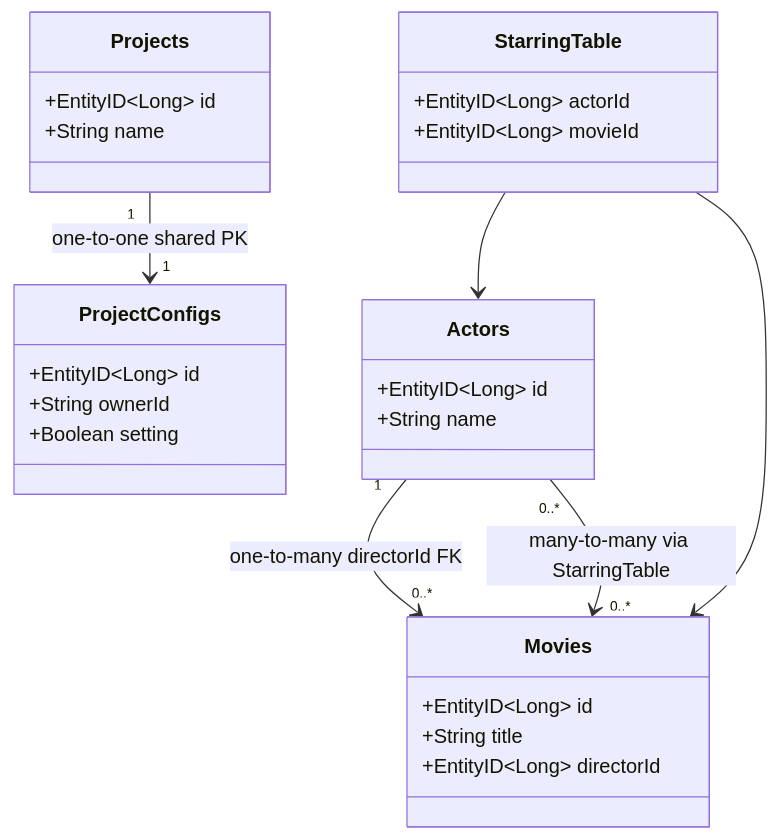
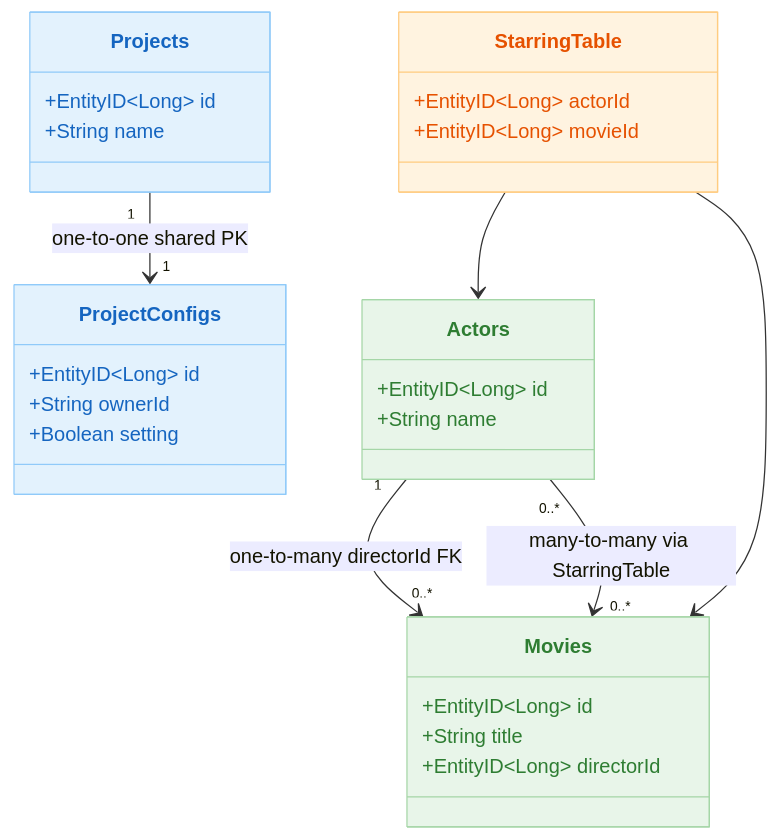
Before and after one commit to bluetape4k/exposed-workshop: the first of 3 diagrams in 05-exposed-dml/05-entities/README.md, drawn with Mermaid. The commit also changed other lines of this file and 56 other files, not shown here.

First line of the commit message:
docs: 전체 README mermaid 다이어그램에 파스텔 톤 색상 적용

````diff
--- a/05-exposed-dml/05-entities/README.md
+++ b/05-exposed-dml/05-entities/README.md
@@ -106,31 +106,37 @@
 ```mermaid
 classDiagram
     class Projects {
         +EntityID~Long~ id
         +String name
     }
     class ProjectConfigs {
         +EntityID~Long~ id
         +String ownerId
         +Boolean setting
     }
     class Actors {
         +EntityID~Long~ id
         +String name
     }
     class Movies {
         +EntityID~Long~ id
         +String title
         +EntityID~Long~ directorId
     }
     class StarringTable {
         +EntityID~Long~ actorId
         +EntityID~Long~ movieId
     }
 
     Projects "1" --> "1" ProjectConfigs: one-to-one shared PK
     Actors "1" --> "0..*" Movies: one-to-many directorId FK
     Actors "0..*" --> "0..*" Movies: many-to-many via StarringTable
     StarringTable --> Actors
     StarringTable --> Movies
+
+    style Projects fill:#E3F2FD,stroke:#90CAF9,color:#1565C0
+    style ProjectConfigs fill:#E3F2FD,stroke:#90CAF9,color:#1565C0
+    style Actors fill:#E8F5E9,stroke:#A5D6A7,color:#2E7D32
+    style Movies fill:#E8F5E9,stroke:#A5D6A7,color:#2E7D32
+    style StarringTable fill:#FFF3E0,stroke:#FFCC80,color:#E65100
 ```
````
